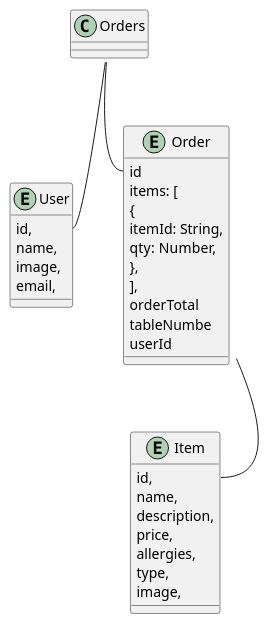
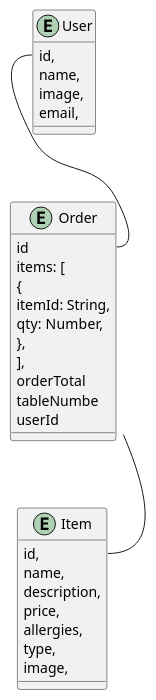
The diagram in datamodel.puml (HFMIRE/Hoda-Mire-le-restaurants), drawn with PlantUML before and after one commit. The commit also changed other lines of this file and 2 other files, not shown here.

```diff
--- a/datamodel.puml
+++ b/datamodel.puml
@@ -2,39 +1,38 @@
-@startuml Restaurants 
+@startuml Restaurants
 
-
-
-entity User { 
+entity User {
      id,
   name,
   image,
   email,
 }
 entity Item {
-      id, 
+      id,
   name,
   description,
   price,
   allergies,
   type,
   image,
 }
 
 
 entity Order {
     id
      items: [
     {
       itemId: String,
       qty: Number,
     },
   ],
   orderTotal
   tableNumbe
   userId
 }
 
-Orders::user_id -- User::id
-Orders::orders_id -- Order::id
+
+
+User::id -- Order::id
 Order::order_id -- Item::id
 
 @enduml
```
